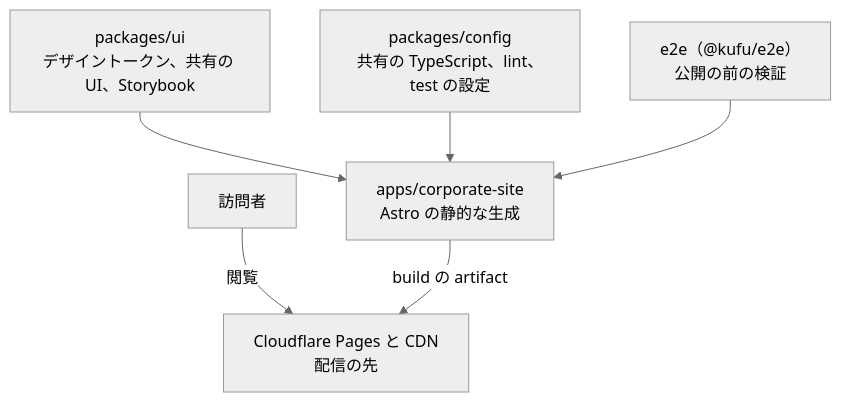
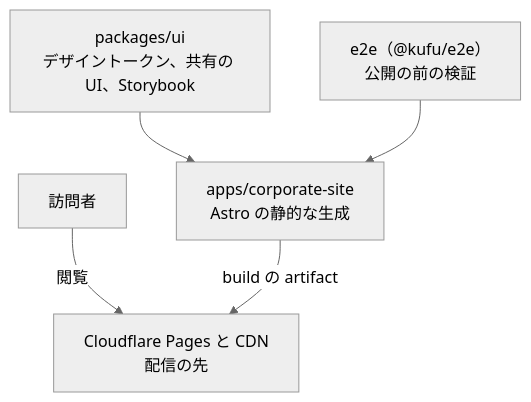
Before and after one commit to Fukuemon/kufu-apps: the diagram in docs/design/DesignDoc.md, drawn with Mermaid (neutral theme). The commit also changed other lines of this file and 7 other files, not shown here.

````diff
--- a/docs/design/DesignDoc.md
+++ b/docs/design/DesignDoc.md
@@ -62,8 +64,7 @@
 ```mermaid
 flowchart TD
     Visitor["訪問者"] -->|"閲覧"| CF["Cloudflare Pages と CDN<br/>配信の先"]
     Corp["apps/corporate-site<br/>Astro の静的な生成"] -->|"build の artifact"| CF
     UI["packages/ui<br/>デザイントークン、共有の UI、Storybook"] --> Corp
-    Config["packages/config<br/>共有の TypeScript、lint、test の設定"] --> Corp
     E2E["e2e（@kufu/e2e）<br/>公開の前の検証"] --> Corp
 ```
````
